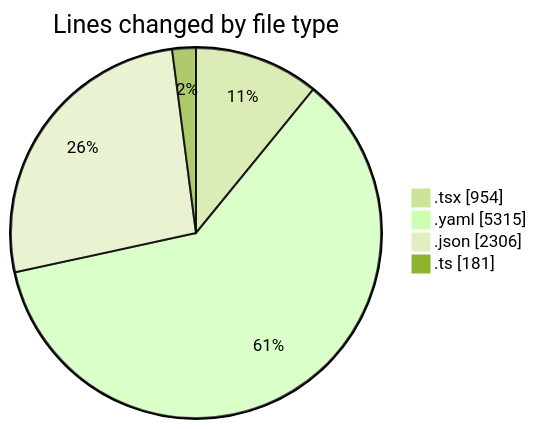
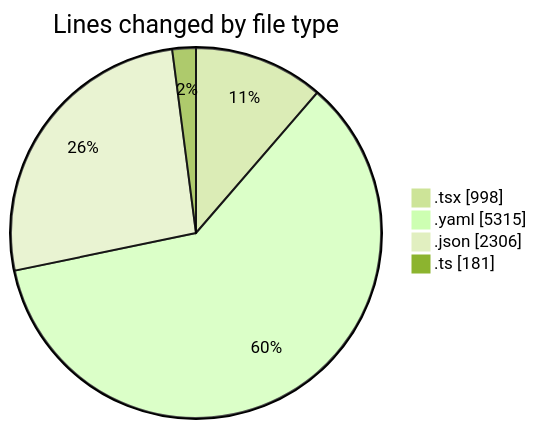
Before and after one commit to julien-gomy/code-tracking: the first of 2 diagrams in 2025-11-07/eventscop-frontend-guide__workspace_/README.md, drawn with Mermaid (forest theme). The commit also changed other lines of this file and 1 other file, not shown here.

````diff
--- a/2025-11-07/eventscop-frontend-guide__workspace_/README.md
+++ b/2025-11-07/eventscop-frontend-guide__workspace_/README.md
@@ -37,8 +38,8 @@
 ```mermaid
 pie showData
 title Lines changed by file type
-".tsx" : 954
+".tsx" : 998
 ".yaml" : 5315
 ".json" : 2306
 ".ts" : 181
 ```
````
